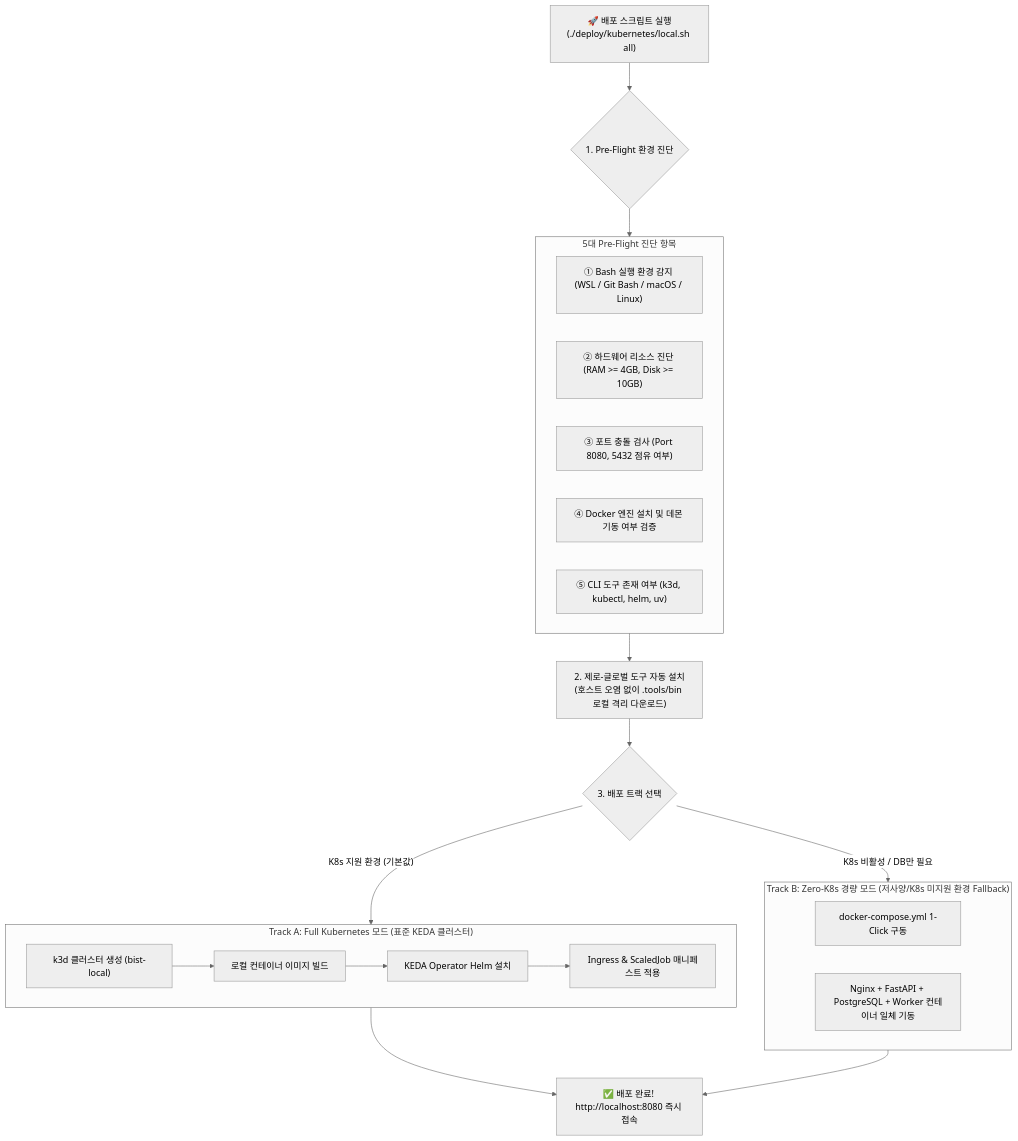
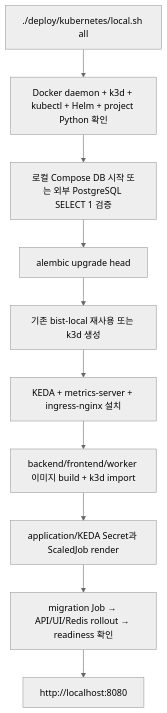
Before and after one commit to bist-mini-final/bist-mini-final: the second of 3 diagrams in docs/blueprints/01_system_blueprints/BP-104_deployment_and_infra_topology.md, drawn with Mermaid (neutral theme). The commit also changed other lines of this file and 25 other files, not shown here.

Commit message:
docs: synchronize completed architecture blueprints

````diff
--- a/docs/blueprints/01_system_blueprints/BP-104_deployment_and_infra_topology.md
+++ b/docs/blueprints/01_system_blueprints/BP-104_deployment_and_infra_topology.md
@@ -66,34 +65,12 @@
 ```mermaid
 flowchart TD
-    START["🚀 배포 스크립트 실행<br>(./deploy/kubernetes/local.sh all)"] --> PREFLIGHT{"1. Pre-Flight 환경 진단"}
-
-    subgraph PreflightChecks ["5대 Pre-Flight 진단 항목"]
-        C1["① Bash 실행 환경 감지 (WSL / Git Bash / macOS / Linux)"]
-        C2["② 하드웨어 리소스 진단 (RAM >= 4GB, Disk >= 10GB)"]
-        C3["③ 포트 충돌 검사 (Port 8080, 5432 점유 여부)"]
-        C4["④ Docker 엔진 설치 및 데몬 기동 여부 검증"]
-        C5["⑤ CLI 도구 존재 여부 (k3d, kubectl, helm, uv)"]
-    end
-
-    PREFLIGHT --> PreflightChecks
-    PreflightChecks --> AUTO_INSTALL["2. 제로-글로벌 도구 자동 설치<br>(호스트 오염 없이 .tools/bin 로컬 격리 다운로드)"]
-
-    AUTO_INSTALL --> TRACK_DECISION{"3. 배포 트랙 선택"}
-
-    subgraph TrackA ["Track A: Full Kubernetes 모드 (표준 KEDA 클러스터)"]
-        A1["k3d 클러스터 생성 (bist-local)"] --> A2["로컬 컨테이너 이미지 빌드"]
-        A2 --> A3["KEDA Operator Helm 설치"]
-        A3 --> A4["Ingress & ScaledJob 매니페스트 적용"]
-    end
-
-    subgraph TrackB ["Track B: Zero-K8s 경량 모드 (저사양/K8s 미지원 환경 Fallback)"]
-        B1["docker-compose.yml 1-Click 구동"]
-        B2["Nginx + FastAPI + PostgreSQL + Worker 컨테이너 일체 기동"]
-    end
-
-    TRACK_DECISION -- "K8s 지원 환경 (기본값)" --> TrackA
-    TRACK_DECISION -- "K8s 비활성 / DB만 필요" --> TrackB
-
-    TrackA --> READY["✅ 배포 완료! http://localhost:8080 즉시 접속"]
-    TrackB --> READY
+    START["./deploy/kubernetes/local.sh all"] --> CHECK["Docker daemon + k3d + kubectl + Helm + project Python 확인"]
+    CHECK --> DB["로컬 Compose DB 시작 또는 외부 PostgreSQL SELECT 1 검증"]
+    DB --> MIGRATE["alembic upgrade head"]
+    MIGRATE --> CLUSTER["기존 bist-local 재사용 또는 k3d 생성"]
+    CLUSTER --> CONTROL["KEDA + metrics-server + ingress-nginx 설치"]
+    CONTROL --> IMAGE["backend/frontend/worker 이미지 build + k3d import"]
+    IMAGE --> SECRET["application/KEDA Secret과 ScaledJob render"]
+    SECRET --> APP["migration Job → API/UI/Redis rollout → readiness 확인"]
+    APP --> READY["http://localhost:8080"]
 ```
````
